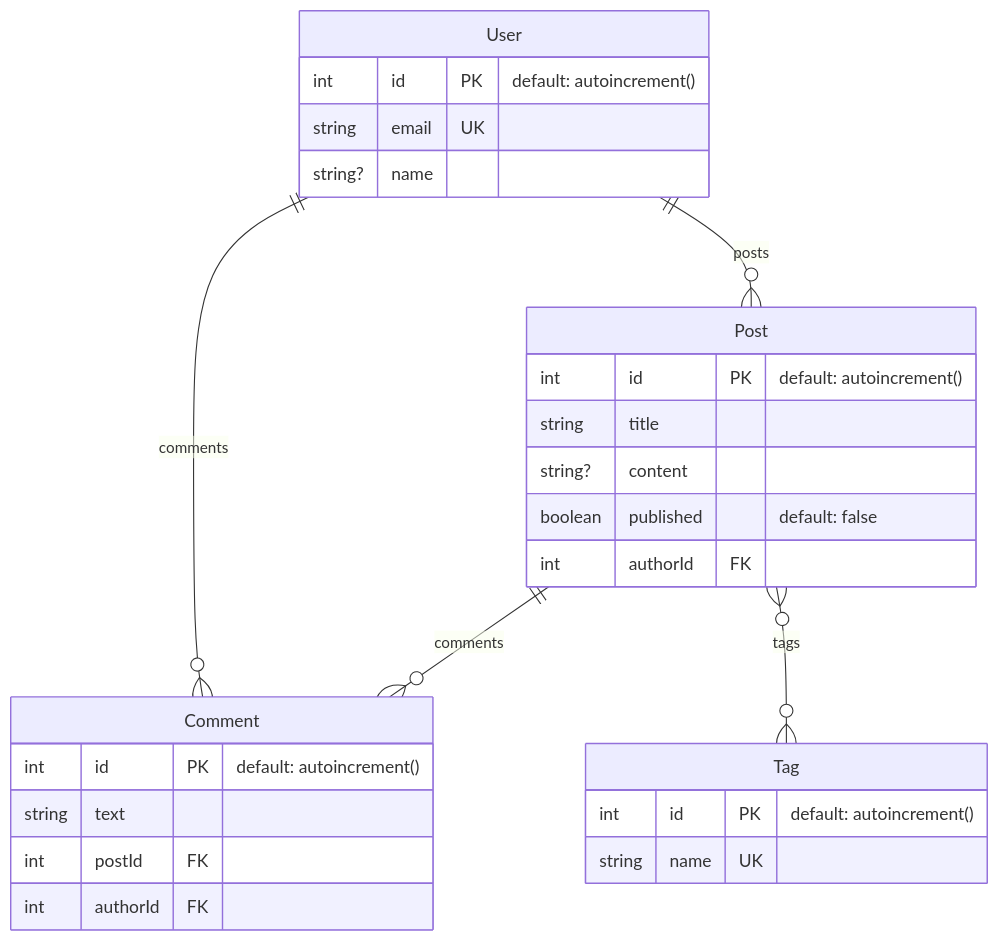
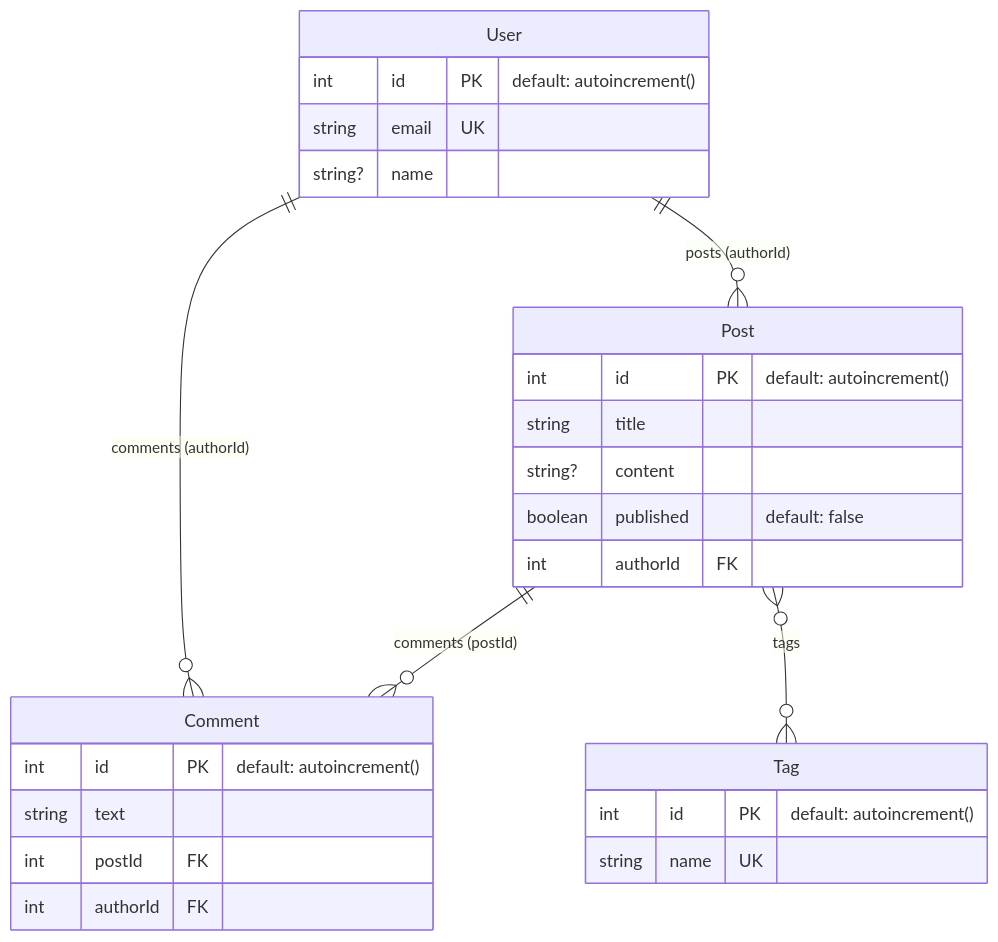
Before and after one commit to NaufalK25/orm2erd: the first of 2 diagrams in README.md, drawn with Mermaid. The commit also changed other lines of this file, not shown here.

Commit message:
docs: update Mermaid diagram on README.md for it ambiguous alias reference

````diff
--- a/README.md
+++ b/README.md
@@ -123,36 +123,36 @@
 ```mermaid
 erDiagram
 
   %% Entities
   User {
     int id PK "default: autoincrement()"
     string email UK
     string? name
   }
 
   Post {
     int id PK "default: autoincrement()"
     string title
     string? content
     boolean published "default: false"
     int authorId FK
   }
 
   Comment {
     int id PK "default: autoincrement()"
     string text
     int postId FK
     int authorId FK
   }
 
   Tag {
     int id PK "default: autoincrement()"
     string name UK
   }
 
   %% Relationships
-  User ||--o{ Post : "posts"
-  User ||--o{ Comment : "comments"
-  Post ||--o{ Comment : "comments"
+  User ||--o{ Post : "posts (authorId)"
+  User ||--o{ Comment : "comments (authorId)"
+  Post ||--o{ Comment : "comments (postId)"
   Post }o--o{ Tag : "tags"
 ```
````
